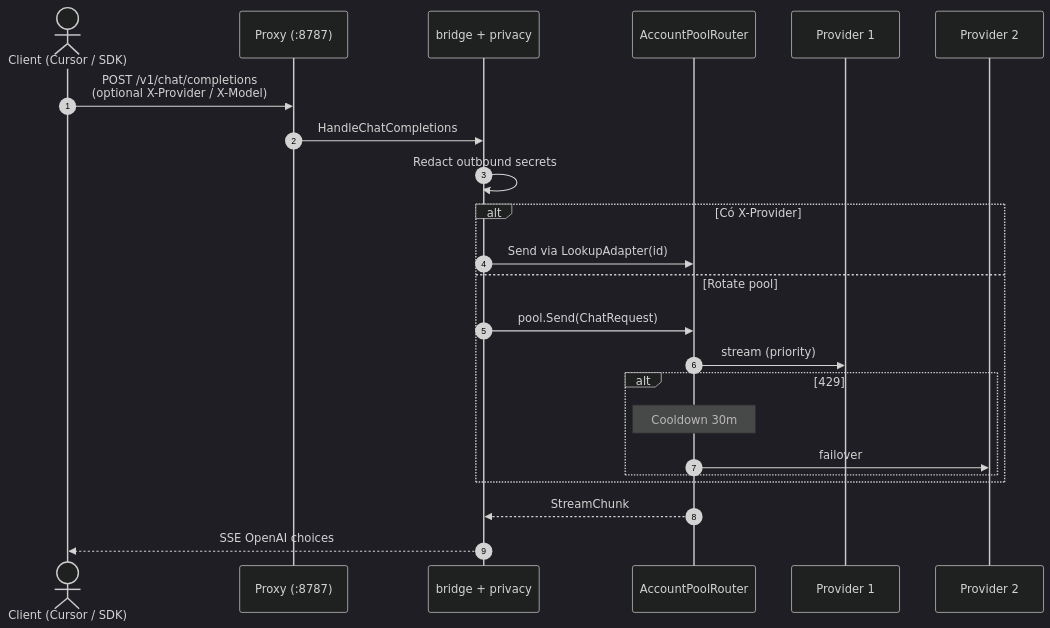
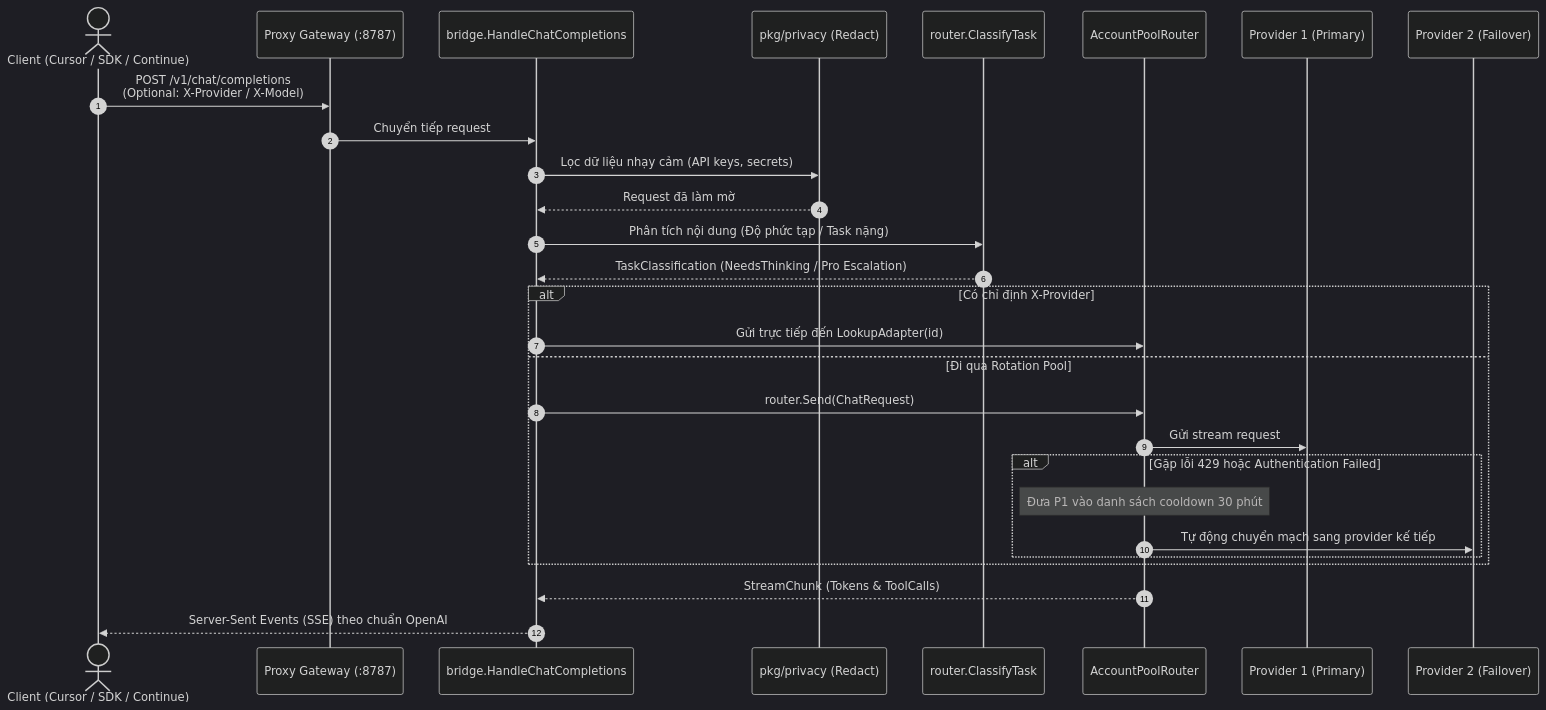
Before and after one commit to ninhlee99/ai-cli-accounts: the first of 4 diagrams in STRUCT.md, drawn with Mermaid (dark theme). The commit also changed other lines of this file and 25 other files, not shown here.

Commit message:
docs: update README and STRUCT to match latest project architecture and features

````diff
--- a/STRUCT.md
+++ b/STRUCT.md
@@ -144,26 +208,32 @@
 ```mermaid
 sequenceDiagram
     autonumber
-    actor App as Client (Cursor / SDK)
-    participant Proxy as Proxy (:8787)
-    participant Bridge as bridge + privacy
+    actor Client as Client (Cursor / SDK / Continue)
+    participant Proxy as Proxy Gateway (:8787)
+    participant Bridge as bridge.HandleChatCompletions
+    participant Privacy as pkg/privacy (Redact)
+    participant Classifier as router.ClassifyTask
     participant Router as AccountPoolRouter
-    participant P1 as Provider 1
-    participant P2 as Provider 2
+    participant P1 as Provider 1 (Primary)
+    participant P2 as Provider 2 (Failover)
 
-    App->>Proxy: POST /v1/chat/completions<br/>(optional X-Provider / X-Model)
-    Proxy->>Bridge: HandleChatCompletions
-        Bridge->>Bridge: Redact outbound secrets
-    alt Có X-Provider
-        Bridge->>Router: Send via LookupAdapter(id)
-    else Rotate pool
-        Bridge->>Router: pool.Send(ChatRequest)
-        Router->>P1: stream (priority)
-        alt 429
-            Note over Router: Cooldown 30m
-            Router->>P2: failover
+    Client->>Proxy: POST /v1/chat/completions<br/>(Optional: X-Provider / X-Model)
+    Proxy->>Bridge: Chuyển tiếp request
+    Bridge->>Privacy: Lọc dữ liệu nhạy cảm (API keys, secrets)
+    Privacy-->>Bridge: Request đã làm mờ
+    Bridge->>Classifier: Phân tích nội dung (Độ phức tạp / Task nặng)
+    Classifier-->>Bridge: TaskClassification (NeedsThinking / Pro Escalation)
+    
+    alt Có chỉ định X-Provider
+        Bridge->>Router: Gửi trực tiếp đến LookupAdapter(id)
+    else Đi qua Rotation Pool
+        Bridge->>Router: router.Send(ChatRequest)
+        Router->>P1: Gửi stream request
+        alt Gặp lỗi 429 hoặc Authentication Failed
+            Note over Router: Đưa P1 vào danh sách cooldown 30 phút
+            Router->>P2: Tự động chuyển mạch sang provider kế tiếp
         end
     end
-    Router-->>Bridge: StreamChunk
-    Bridge-->>App: SSE OpenAI choices
+    Router-->>Bridge: StreamChunk (Tokens & ToolCalls)
+    Bridge-->>Client: Server-Sent Events (SSE) theo chuẩn OpenAI
 ```
````
